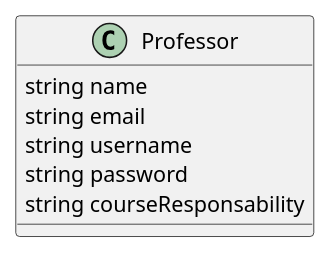
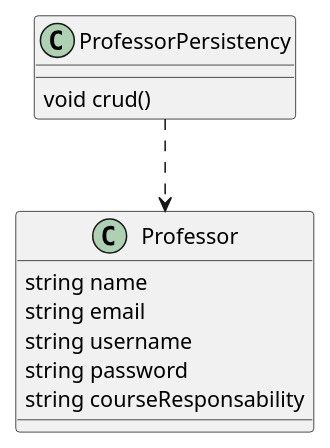
The diagram in items/Professor/ProfessorLogin/ProfessorLogin.wsd (rodrigoRolim/complementary-activities), drawn with PlantUML before and after one commit.

Commit message:
added ProfessorPersistency class in data modeling of ProfessorLogin item

```diff
--- a/items/Professor/ProfessorLogin/ProfessorLogin.wsd
+++ b/items/Professor/ProfessorLogin/ProfessorLogin.wsd
@@ -1,9 +1,13 @@
 @startuml
 Class Professor {
  string name
  string email
  string username
  string password
  string courseResponsability
 }
+Class ProfessorPersistency {
+ void crud()
+}
+ProfessorPersistency ..> Professor
 @enduml
```
